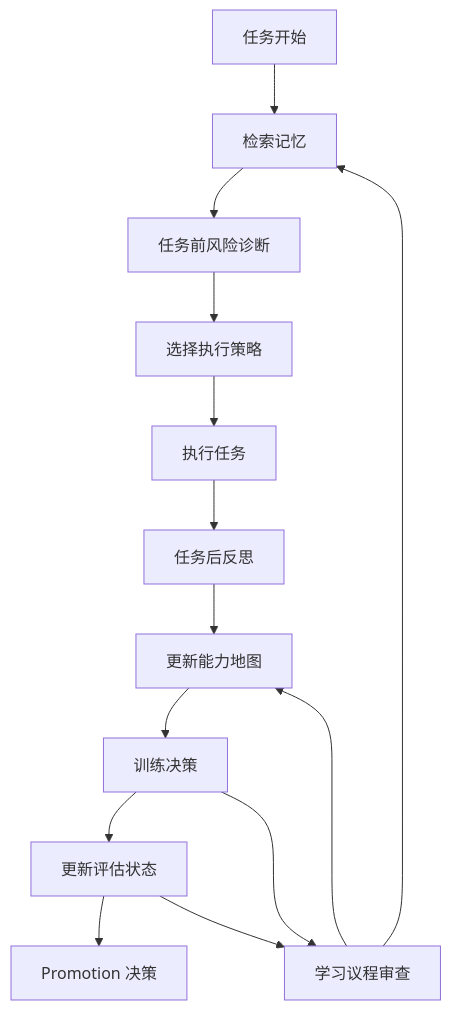
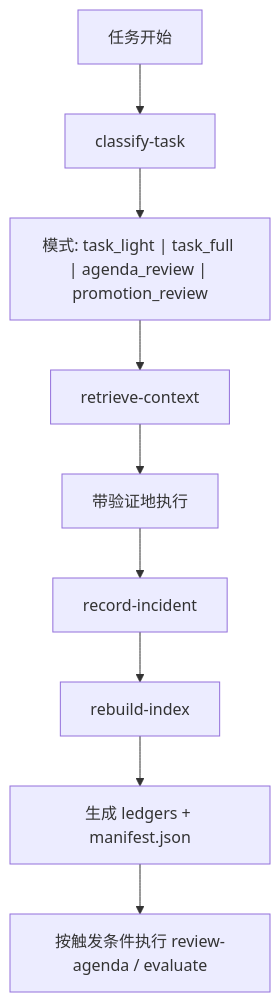
The diagram in README.zh-CN.md (RangeKing/self-evolving-agent), drawn with Mermaid before and after one commit. The commit also changed other lines of this file and 37 other files, not shown here.

````diff
--- a/README.zh-CN.md
+++ b/README.zh-CN.md
@@ -69,17 +71,11 @@
 ```mermaid
 flowchart TD
-    A["任务开始"] --> B["检索记忆"]
-    B --> C["任务前风险诊断"]
-    C --> D["选择执行策略"]
-    D --> E["执行任务"]
-    E --> F["任务后反思"]
-    F --> G["更新能力地图"]
-    G --> H["训练决策"]
-    H --> I["更新评估状态"]
-    I --> J["Promotion 决策"]
-
-    K["学习议程审查"] --> B
-    K --> G
-    H --> K
-    I --> K
+    A["任务开始"] --> B["classify-task"]
+    B --> C["模式: task_light | task_full | agenda_review | promotion_review"]
+    C --> D["retrieve-context"]
+    D --> E["带验证地执行"]
+    E --> F["record-incident"]
+    F --> G["rebuild-index"]
+    G --> H["生成 ledgers + manifest.json"]
+    H --> I["按触发条件执行 review-agenda / evaluate"]
 ```
````
